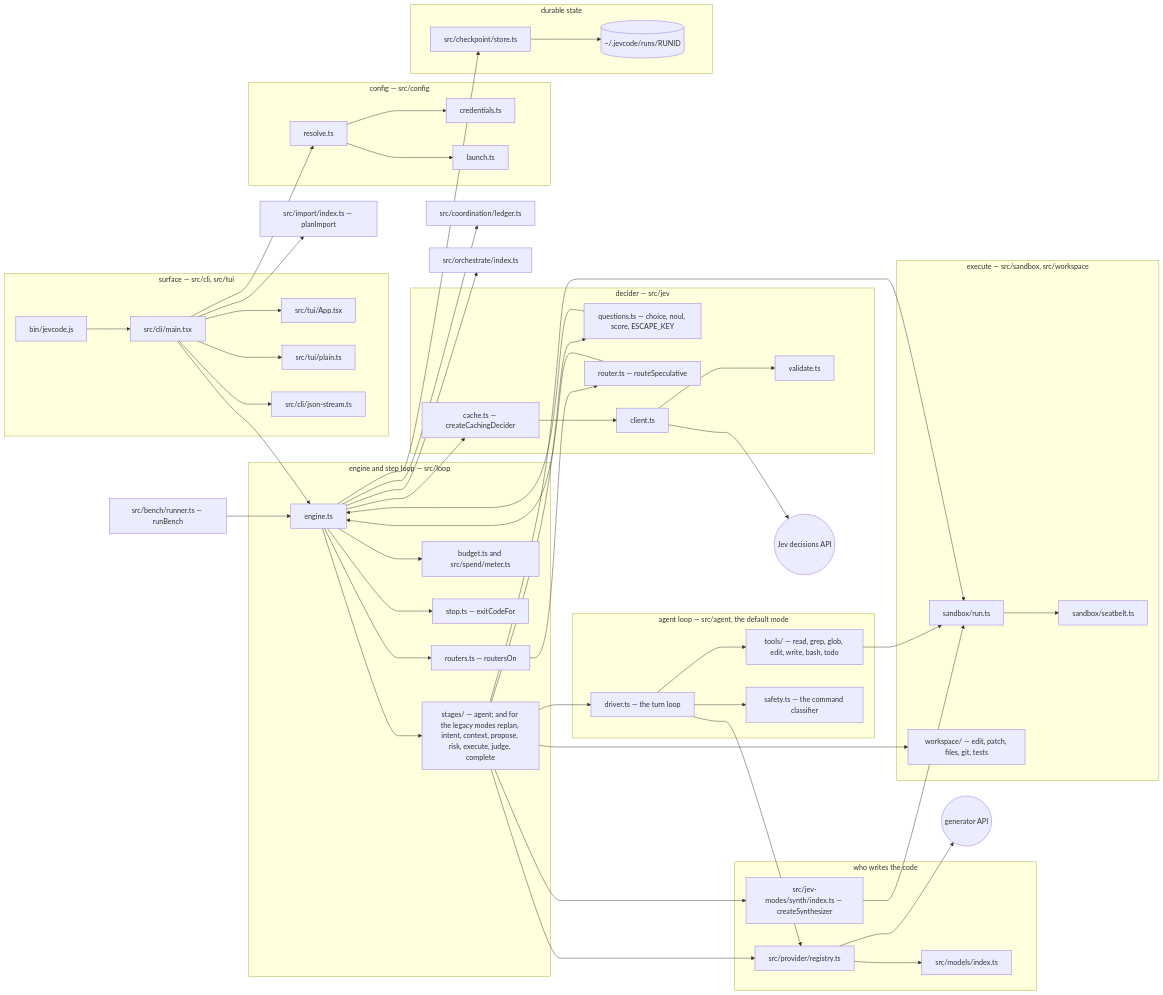
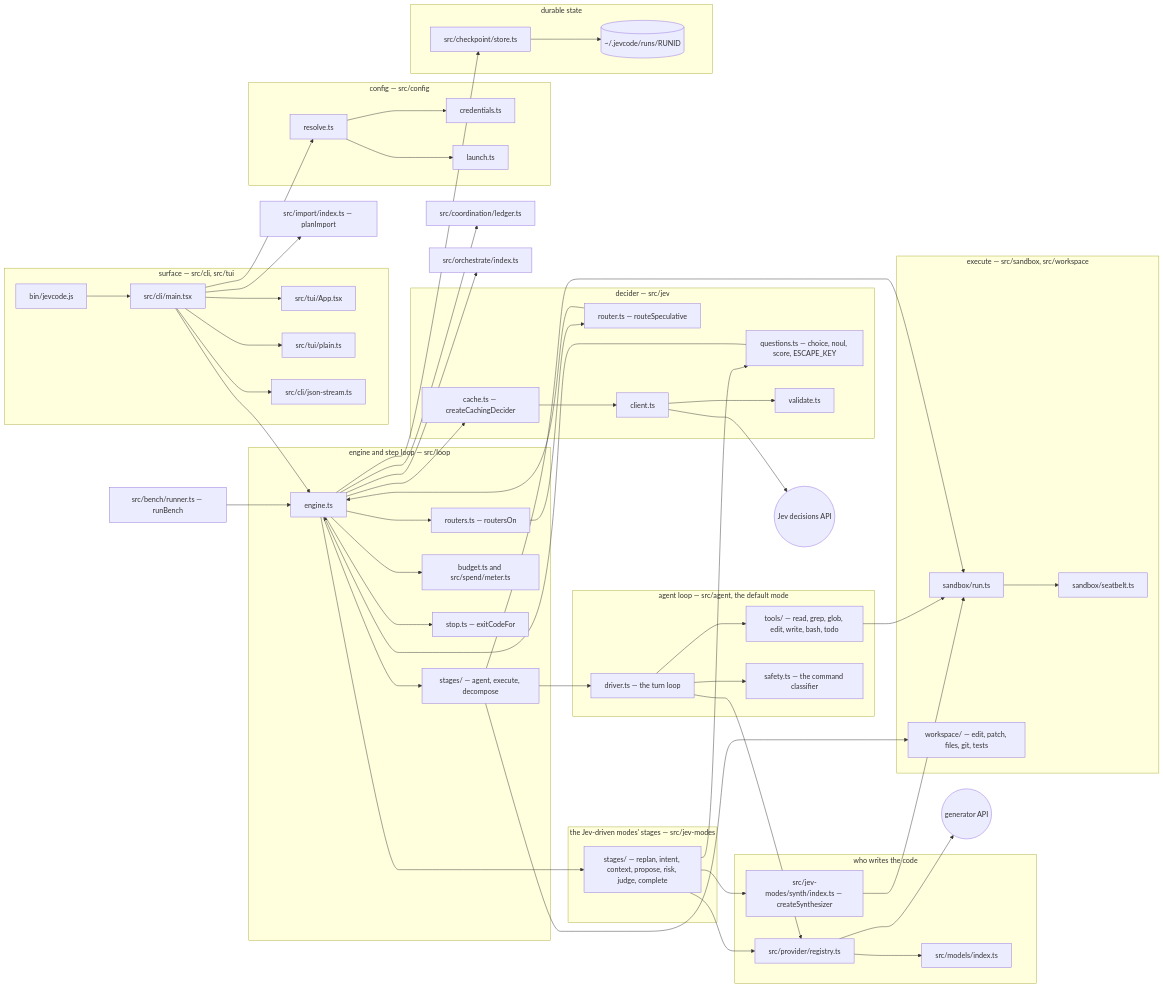
Before and after one commit to coasty-ai/JevCode: the diagram in docs/README.md, drawn with Mermaid. The commit also changed other lines of this file and 17 other files, not shown here.

```diff
--- a/docs/README.md
+++ b/docs/README.md
@@ -52,10 +52,13 @@
   end
   subgraph sg_loop["engine and step loop — src/loop"]
     ENGINE["engine.ts"]
-    STAGES["stages/ — agent; and for the legacy modes replan, intent, context, propose, risk, execute, judge, complete"]
+    STAGES["stages/ — agent, execute, decompose"]
     ROUTERS["routers.ts — routersOn"]
     BUDGET["budget.ts and src/spend/meter.ts"]
     STOPM["stop.ts — exitCodeFor"]
+  end
+  subgraph sg_jevmodes["the Jev-driven modes' stages — src/jev-modes"]
+    JSTAGES["stages/ — replan, intent, context, propose, risk, judge, complete"]
   end
   subgraph sg_jev["decider — src/jev"]
     QUESTIONS["questions.ts — choice, noul, score, ESCAPE_KEY"]
@@ -96,6 +99,7 @@
   MAIN --> IMPORTM
   BENCH --> ENGINE
   ENGINE --> STAGES
+  ENGINE --> JSTAGES
   STAGES --> DRIVER
   DRIVER --> ATOOLS
   DRIVER --> ASAFE
@@ -104,7 +108,7 @@
   ENGINE --> ROUTERS
   ENGINE --> BUDGET
   ENGINE --> STOPM
-  STAGES --> QUESTIONS
+  JSTAGES --> QUESTIONS
   ROUTERS --> ROUTER
   ROUTER --> ENGINE
   QUESTIONS --> ENGINE
@@ -112,10 +116,10 @@
   JCACHE --> CLIENT
   CLIENT --> VALIDATE
   CLIENT --> JEVAPI
-  STAGES --> PROVIDER
+  JSTAGES --> PROVIDER
   PROVIDER --> MODELS
   PROVIDER --> GENAPI
-  STAGES --> SYNTH
+  JSTAGES --> SYNTH
   SYNTH --> SANDBOX
   STAGES --> SANDBOX
   SANDBOX --> SEATBELT
```
